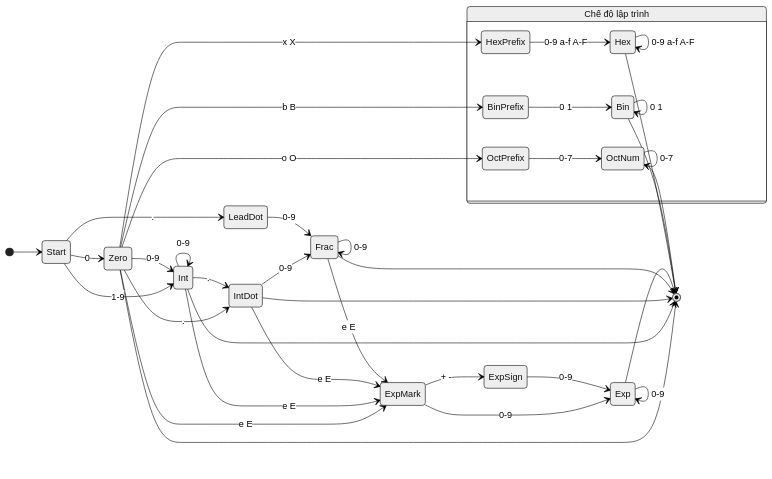
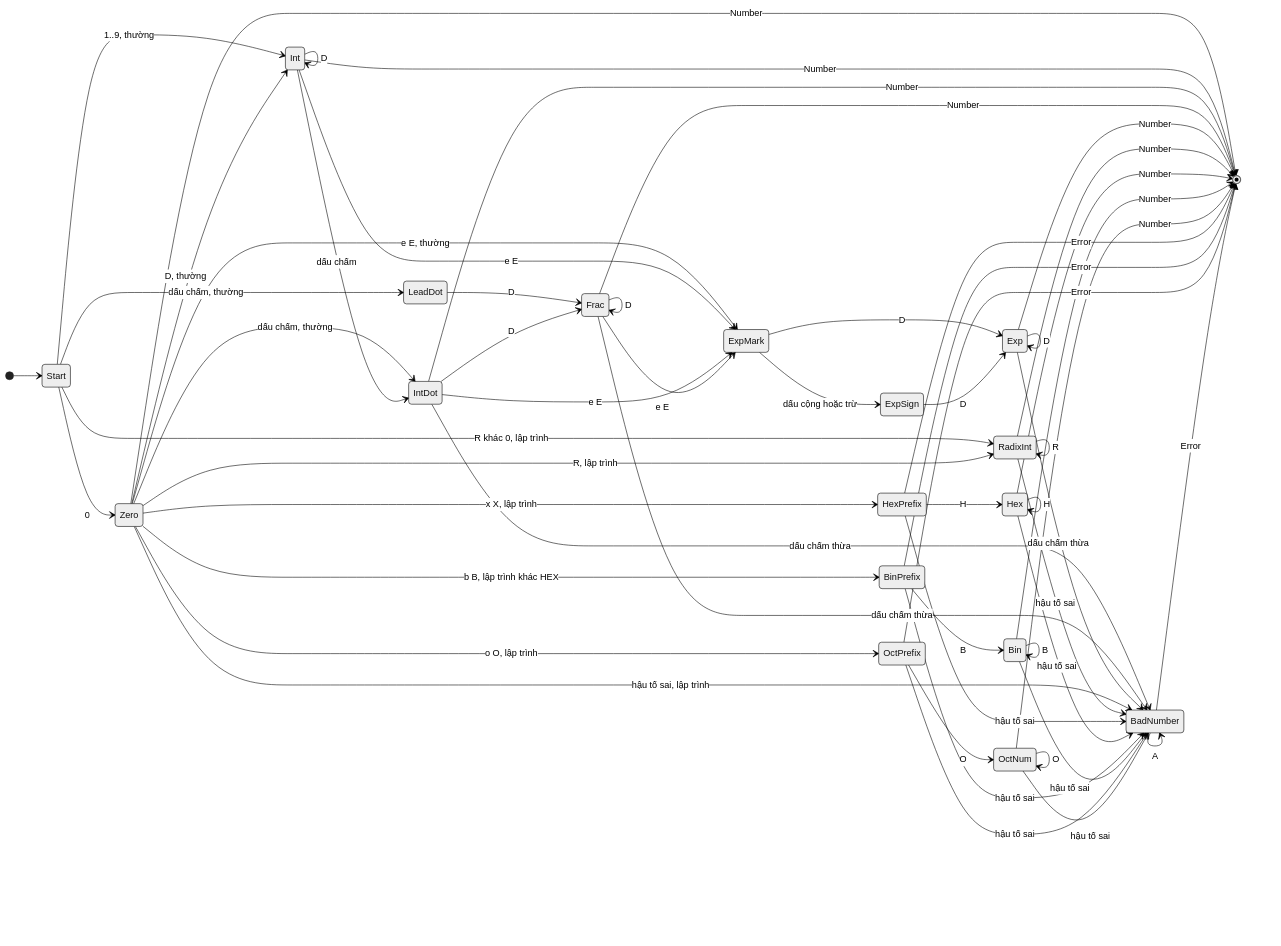
The diagram in docs/dfa-lexer.md (tranquangbao2510/SmartCalc), drawn with Mermaid (neutral theme) before and after one commit. The commit also changed other lines of this file and 30 other files, not shown here.

````diff
--- a/docs/dfa-lexer.md
+++ b/docs/dfa-lexer.md
@@ -113,49 +109,60 @@
 ```mermaid
 stateDiagram-v2
     direction LR
     [*] --> Start
     Start --> Zero : 0
-    Start --> Int : 1-9
-    Start --> LeadDot : .
-
-    Zero --> Int : 0-9
-    Zero --> IntDot : .
-    Zero --> ExpMark : e E
-
-    Int --> Int : 0-9
-    Int --> IntDot : .
+    Start --> Int : 1..9, thường
+    Start --> LeadDot : dấu chấm, thường
+    Zero --> Int : D, thường
+    Int --> Int : D
+    Zero --> IntDot : dấu chấm, thường
+    Int --> IntDot : dấu chấm
+    LeadDot --> Frac : D
+    IntDot --> Frac : D
+    Frac --> Frac : D
+    Zero --> ExpMark : e E, thường
     Int --> ExpMark : e E
-
-    IntDot --> Frac : 0-9
     IntDot --> ExpMark : e E
-    LeadDot --> Frac : 0-9
-
-    Frac --> Frac : 0-9
     Frac --> ExpMark : e E
-
-    ExpMark --> ExpSign : + -
-    ExpMark --> Exp : 0-9
-    ExpSign --> Exp : 0-9
-    Exp --> Exp : 0-9
-
-    state "Chế độ lập trình" as Prog {
-        HexPrefix --> Hex : 0-9 a-f A-F
-        Hex --> Hex : 0-9 a-f A-F
-        BinPrefix --> Bin : 0 1
-        Bin --> Bin : 0 1
-        OctPrefix --> OctNum : 0-7
-        OctNum --> OctNum : 0-7
-    }
-    Zero --> HexPrefix : x X
-    Zero --> BinPrefix : b B
-    Zero --> OctPrefix : o O
-
-    Zero --> [*]
-    Int --> [*]
-    IntDot --> [*]
-    Frac --> [*]
-    Exp --> [*]
-    Hex --> [*]
-    Bin --> [*]
-    OctNum --> [*]
+    ExpMark --> ExpSign : dấu cộng hoặc trừ
+    ExpMark --> Exp : D
+    ExpSign --> Exp : D
+    Exp --> Exp : D
+    IntDot --> BadNumber : dấu chấm thừa
+    Frac --> BadNumber : dấu chấm thừa
+    Exp --> BadNumber : dấu chấm thừa
+    Start --> RadixInt : R khác 0, lập trình
+    Zero --> RadixInt : R, lập trình
+    RadixInt --> RadixInt : R
+    Zero --> HexPrefix : x X, lập trình
+    Zero --> BinPrefix : b B, lập trình khác HEX
+    Zero --> OctPrefix : o O, lập trình
+    HexPrefix --> Hex : H
+    Hex --> Hex : H
+    BinPrefix --> Bin : B
+    Bin --> Bin : B
+    OctPrefix --> OctNum : O
+    OctNum --> OctNum : O
+    Zero --> BadNumber : hậu tố sai, lập trình
+    RadixInt --> BadNumber : hậu tố sai
+    HexPrefix --> BadNumber : hậu tố sai
+    Hex --> BadNumber : hậu tố sai
+    BinPrefix --> BadNumber : hậu tố sai
+    Bin --> BadNumber : hậu tố sai
+    OctPrefix --> BadNumber : hậu tố sai
+    OctNum --> BadNumber : hậu tố sai
+    BadNumber --> BadNumber : A
+    Zero --> [*] : Number
+    Int --> [*] : Number
+    IntDot --> [*] : Number
+    Frac --> [*] : Number
+    Exp --> [*] : Number
+    RadixInt --> [*] : Number
+    Hex --> [*] : Number
+    Bin --> [*] : Number
+    OctNum --> [*] : Number
+    HexPrefix --> [*] : Error
+    BinPrefix --> [*] : Error
+    OctPrefix --> [*] : Error
+    BadNumber --> [*] : Error
 ```
````
